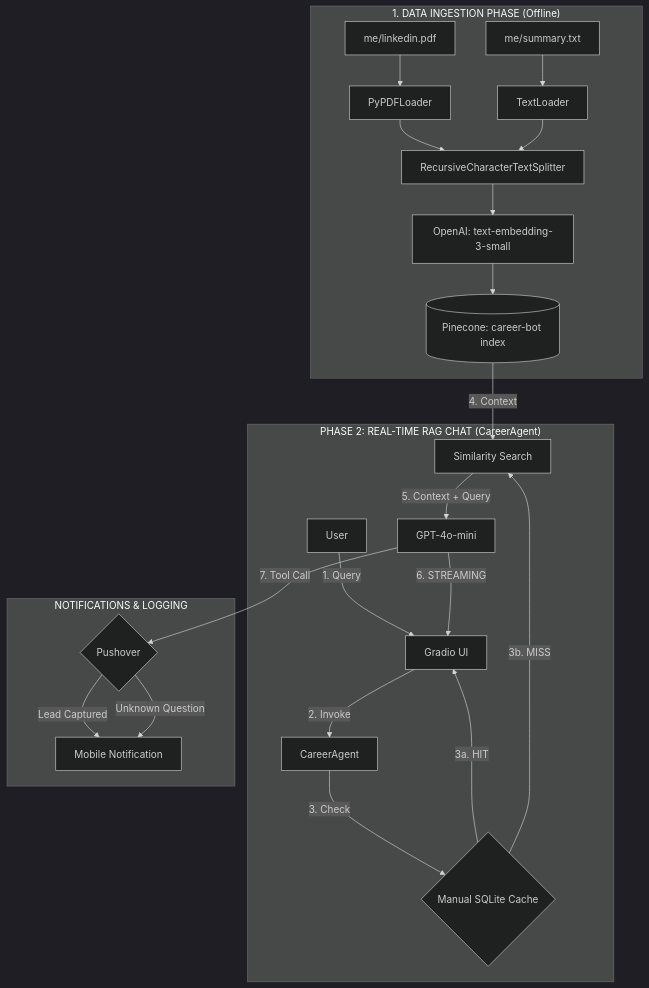
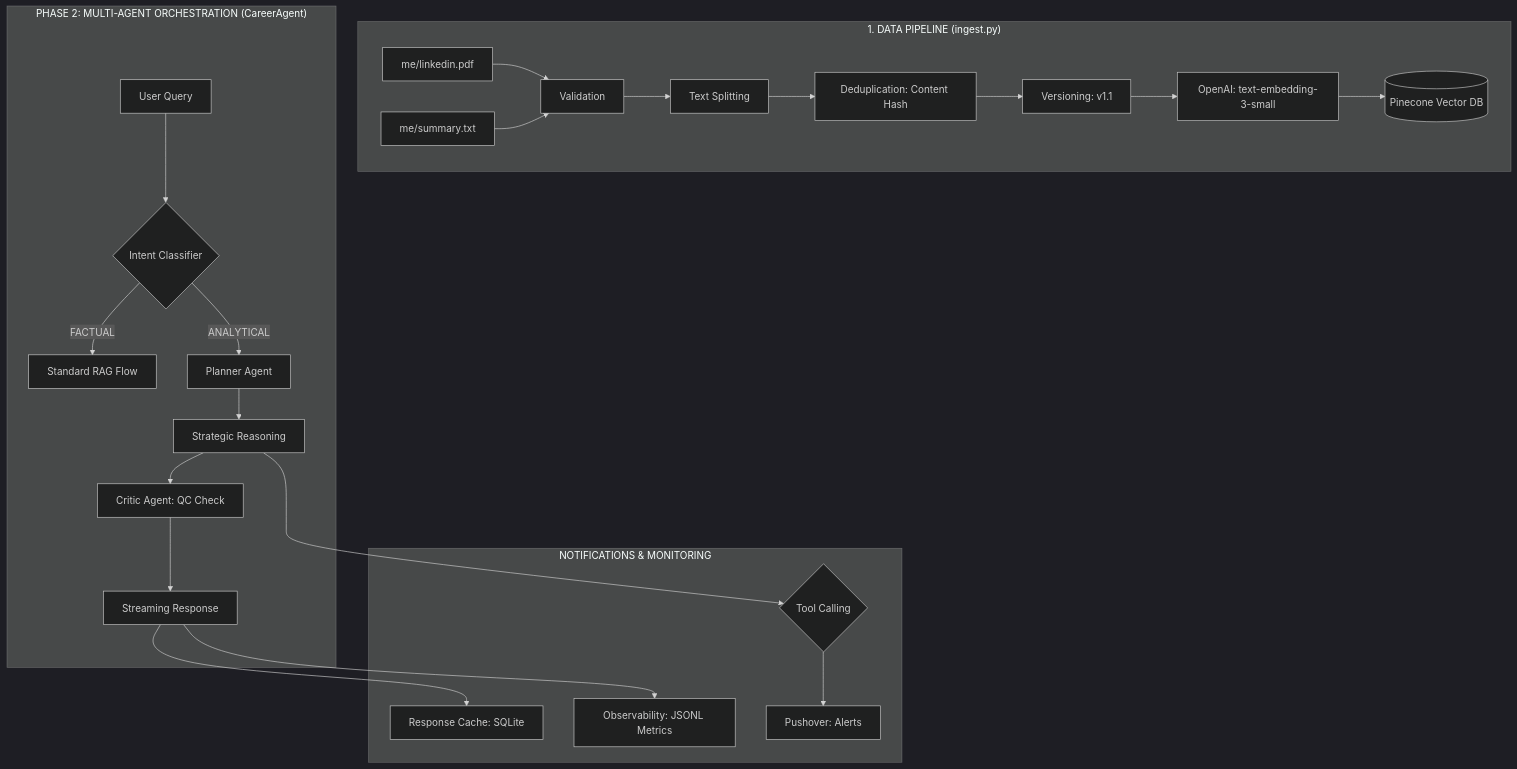
One commit to vishalkhoje/career-bot changed the diagram in 2_rag_bot/RAG_DOCUMENTATION.md. Above: the diagram before and after it, drawn with Mermaid (dark theme). The commit also changed other lines of this file and 22 other files, not shown here.

Commit message:
feat: implement multi-agent orchestration, observability monitoring, and automated evaluation framework

````diff
--- a/2_rag_bot/RAG_DOCUMENTATION.md
+++ b/2_rag_bot/RAG_DOCUMENTATION.md
@@ -14,28 +14,28 @@
 ```mermaid
 graph TD
-    subgraph "1. DATA INGESTION PHASE (Offline)"
-        A1[me/linkedin.pdf] --> B1[PyPDFLoader]
-        A2[me/summary.txt] --> B2[TextLoader]
-        B1 --> C[RecursiveCharacterTextSplitter]
-        B2 --> C
-        C --> D[OpenAI: text-embedding-3-small]
-        D --> E[(Pinecone: career-bot index)]
+    subgraph "1. DATA PIPELINE (ingest.py)"
+        A1[me/linkedin.pdf] --> B1[Validation]
+        A2[me/summary.txt] --> B1
+        B1 --> C[Text Splitting]
+        C --> D[Deduplication: Content Hash]
+        D --> E[Versioning: v1.1]
+        E --> F[OpenAI: text-embedding-3-small]
+        F --> G[(Pinecone Vector DB)]
     end
 
-    subgraph "PHASE 2: REAL-TIME RAG CHAT (CareerAgent)"
-        F[User] -->|1. Query| G[Gradio UI]
-        G -->|2. Invoke| H[CareerAgent]
-        H -->|3. Check| I{Manual SQLite Cache}
-        I -->|3a. HIT| G
-        I -->|3b. MISS| J[Similarity Search]
-        E -->|4. Context| J
-        J -->|5. Context + Query| K[GPT-4o-mini]
-        K -->|6. STREAMING| G
+    subgraph "PHASE 2: MULTI-AGENT ORCHESTRATION (CareerAgent)"
+        H[User Query] --> I{Intent Classifier}
+        I -- FACTUAL --> J[Standard RAG Flow]
+        I -- ANALYTICAL --> K[Planner Agent]
+        K --> L[Strategic Reasoning]
+        L --> M[Critic Agent: QC Check]
+        M --> N[Streaming Response]
     end
 
-    subgraph "NOTIFICATIONS & LOGGING"
-        K -->|7. Tool Call| L{Pushover}
-        L -->|Lead Captured| M[Mobile Notification]
-        L -->|Unknown Question| M
+    subgraph "NOTIFICATIONS & MONITORING"
+        N --> O[Response Cache: SQLite]
+        N --> P[Observability: JSONL Metrics]
+        L --> Q{Tool Calling}
+        Q --> R[Pushover: Alerts]
     end
 ```
````
